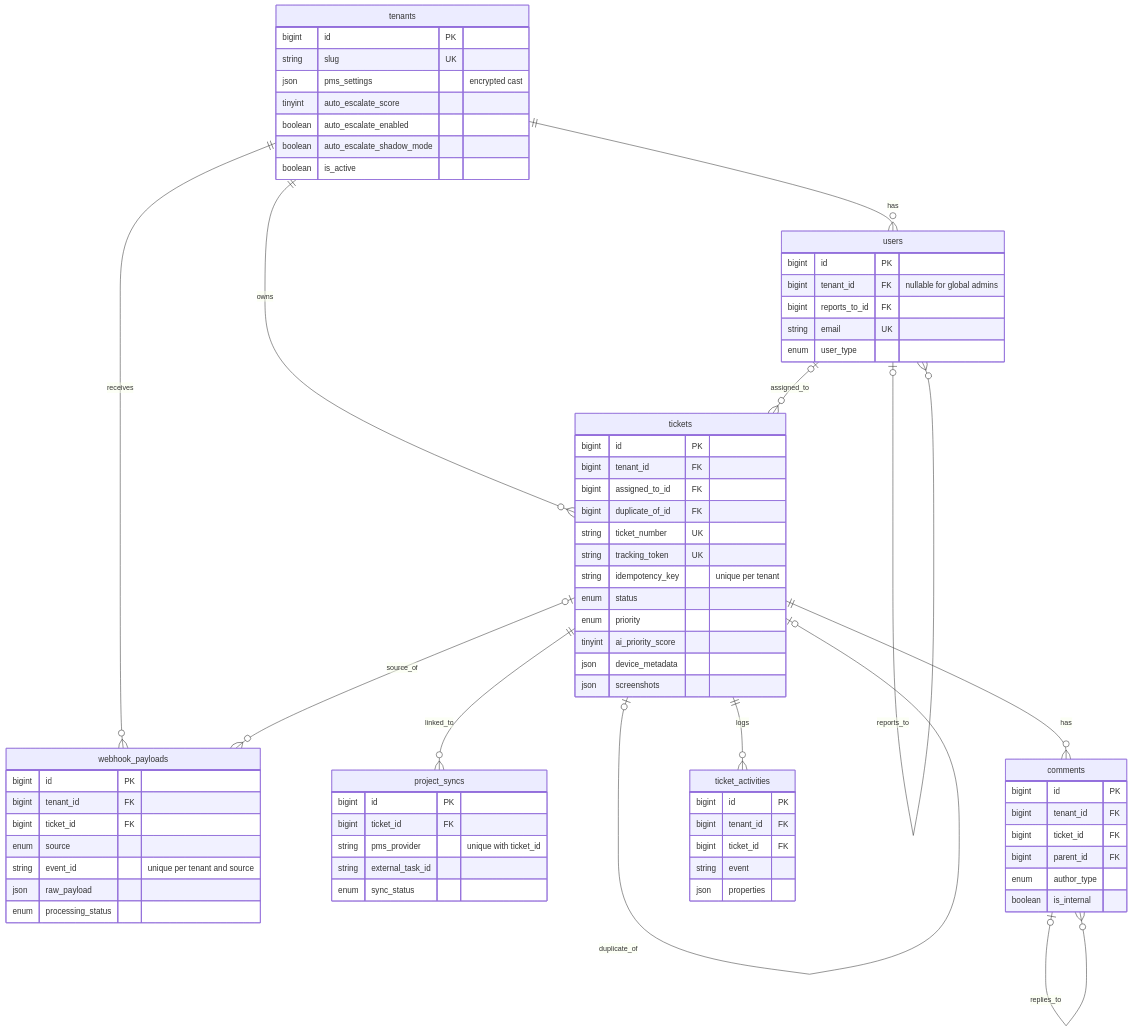
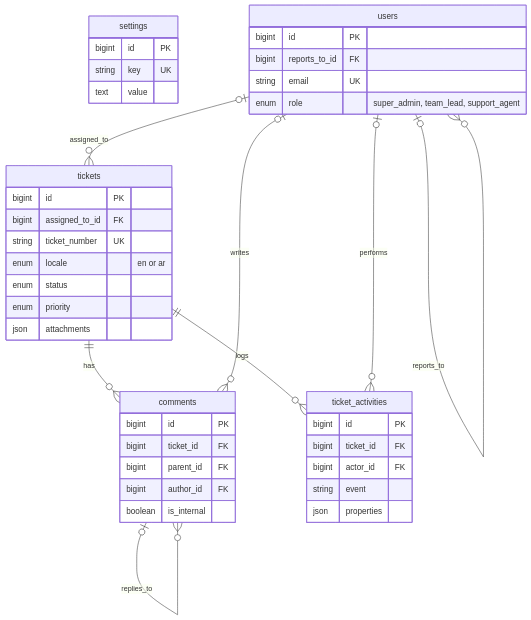
The diagram in Docs/Plan.md (a6e6s/TMS), drawn with Mermaid before and after one commit. The commit also changed other lines of this file and 1 other file, not shown here.

````diff
--- a/Docs/Plan.md
+++ b/Docs/Plan.md
@@ -144,76 +116,45 @@
 ```mermaid
 erDiagram
-    tenants {
+    settings {
         bigint id PK
-        string slug UK
-        json pms_settings "encrypted cast"
-        tinyint auto_escalate_score
-        boolean auto_escalate_enabled
-        boolean auto_escalate_shadow_mode
-        boolean is_active
+        string key UK
+        text value
     }
     users {
         bigint id PK
-        bigint tenant_id FK "nullable for global admins"
         bigint reports_to_id FK
         string email UK
-        enum user_type
+        enum role "super_admin, team_lead, support_agent"
     }
     tickets {
         bigint id PK
-        bigint tenant_id FK
         bigint assigned_to_id FK
-        bigint duplicate_of_id FK
         string ticket_number UK
-        string tracking_token UK
-        string idempotency_key "unique per tenant"
+        enum locale "en or ar"
         enum status
         enum priority
-        tinyint ai_priority_score
-        json device_metadata
-        json screenshots
-    }
-    webhook_payloads {
-        bigint id PK
-        bigint tenant_id FK
-        bigint ticket_id FK
-        enum source
-        string event_id "unique per tenant and source"
-        json raw_payload
-        enum processing_status
-    }
-    project_syncs {
-        bigint id PK
-        bigint ticket_id FK
-        string pms_provider "unique with ticket_id"
-        string external_task_id
-        enum sync_status
+        json attachments
     }
     comments {
         bigint id PK
-        bigint tenant_id FK
         bigint ticket_id FK
         bigint parent_id FK
-        enum author_type
+        bigint author_id FK
         boolean is_internal
     }
     ticket_activities {
         bigint id PK
-        bigint tenant_id FK
         bigint ticket_id FK
+        bigint actor_id FK
         string event
         json properties
     }
 
-    tenants ||--o{ users : "has"
-    tenants ||--o{ tickets : "owns"
-    tenants ||--o{ webhook_payloads : "receives"
     users |o--o{ users : "reports_to"
     users |o--o{ tickets : "assigned_to"
-    tickets |o--o| tickets : "duplicate_of"
-    tickets ||--o{ project_syncs : "linked_to"
     tickets ||--o{ comments : "has"
+    users |o--o{ comments : "writes"
     tickets ||--o{ ticket_activities : "logs"
-    tickets |o--o{ webhook_payloads : "source_of"
+    users |o--o{ ticket_activities : "performs"
     comments |o--o{ comments : "replies_to"
 ```
````
